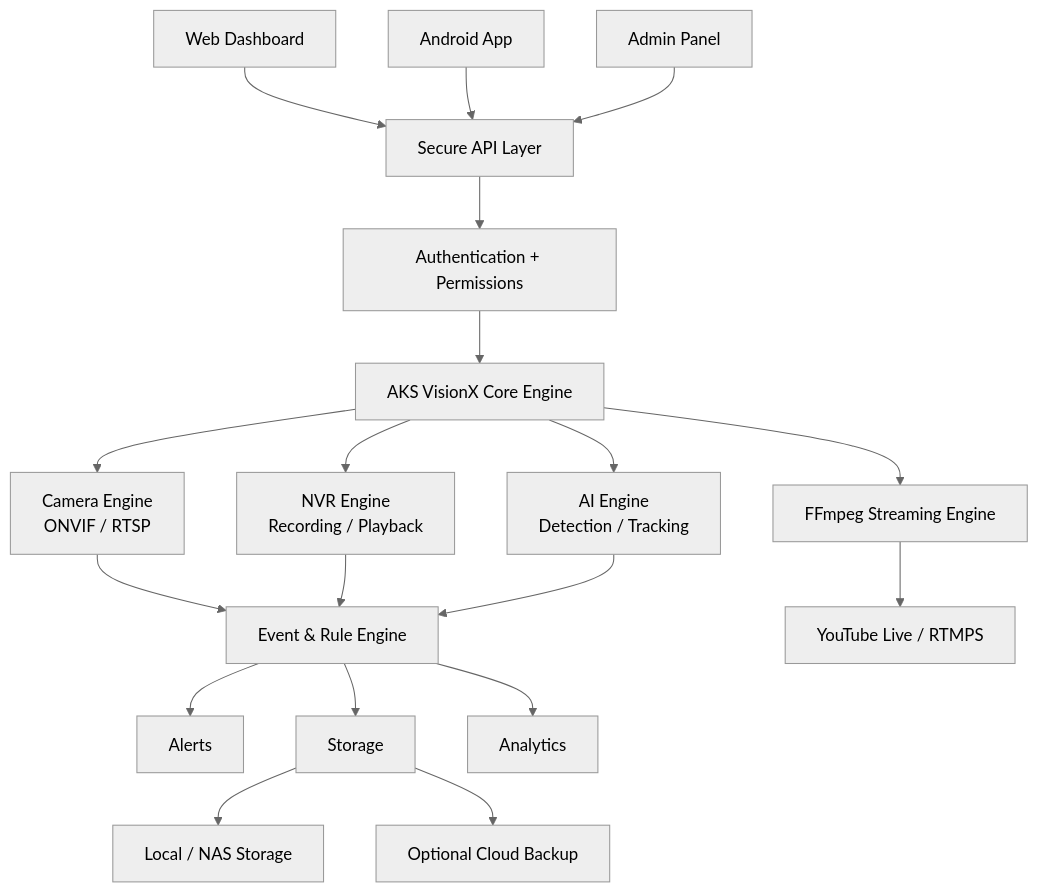
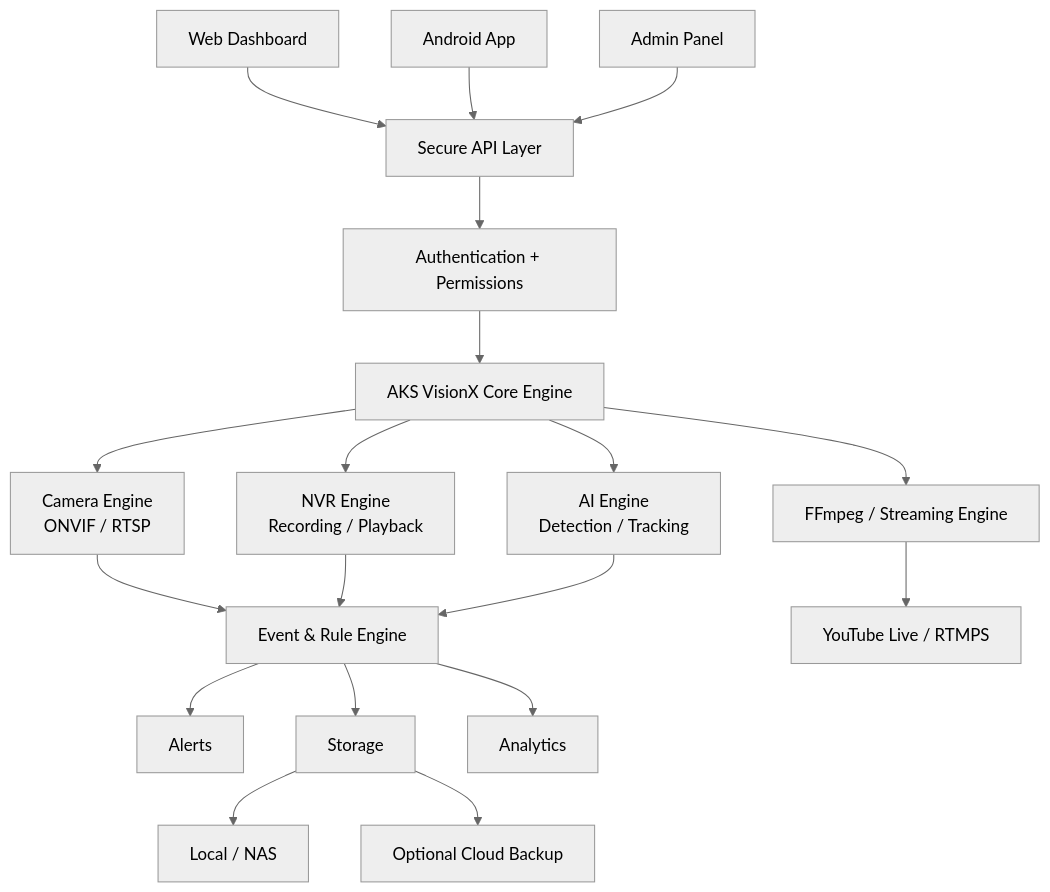
One commit to abhishek027aks/AKS-VisionX changed the diagram in README.md. Above: the diagram before and after it, drawn with Mermaid (neutral theme). The commit also changed other lines of this file and 33 other files, not shown here.

````diff
--- a/README.md
+++ b/README.md
@@ -100,33 +60,27 @@
 ```mermaid
 flowchart TD
-
-    WEB[Web Dashboard]
-    ANDROID[Android App]
-    ADMIN[Admin Panel]
-
-    WEB --> API[Secure API Layer]
-    ANDROID --> API
-    ADMIN --> API
+    A[Web Dashboard] --> API[Secure API Layer]
+    B[Android App] --> API
+    C[Admin Panel] --> API
 
     API --> AUTH[Authentication + Permissions]
-
     AUTH --> CORE[AKS VisionX Core Engine]
 
-    CORE --> CAMERA[Camera Engine<br/>ONVIF / RTSP]
+    CORE --> CAM[Camera Engine<br/>ONVIF / RTSP]
     CORE --> NVR[NVR Engine<br/>Recording / Playback]
     CORE --> AI[AI Engine<br/>Detection / Tracking]
 
-    CAMERA --> RULE[Event & Rule Engine]
+    CAM --> RULE[Event & Rule Engine]
     NVR --> RULE
     AI --> RULE
 
-    RULE --> ALERTS[Alerts]
-    RULE --> STORAGE[Storage]
+    RULE --> ALERT[Alerts]
+    RULE --> STORE[Storage]
     RULE --> ANALYTICS[Analytics]
 
-    STORAGE --> LOCAL[Local / NAS Storage]
-    STORAGE --> CLOUD[Optional Cloud Backup]
+    STORE --> LOCAL[Local / NAS]
+    STORE --> CLOUD[Optional Cloud Backup]
 
-    CORE --> STREAM[FFmpeg Streaming Engine]
-    STREAM --> YOUTUBE[YouTube Live / RTMPS]
+    CORE --> YT[FFmpeg / Streaming Engine]
+    YT --> YOUTUBE[YouTube Live / RTMPS]
 ```
````
